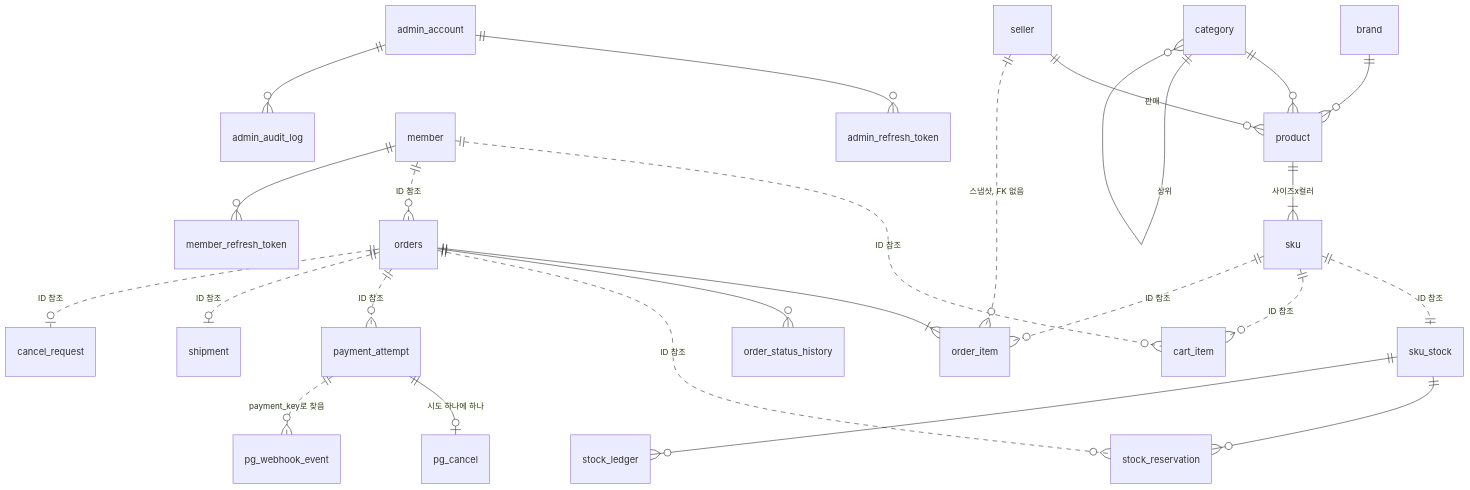
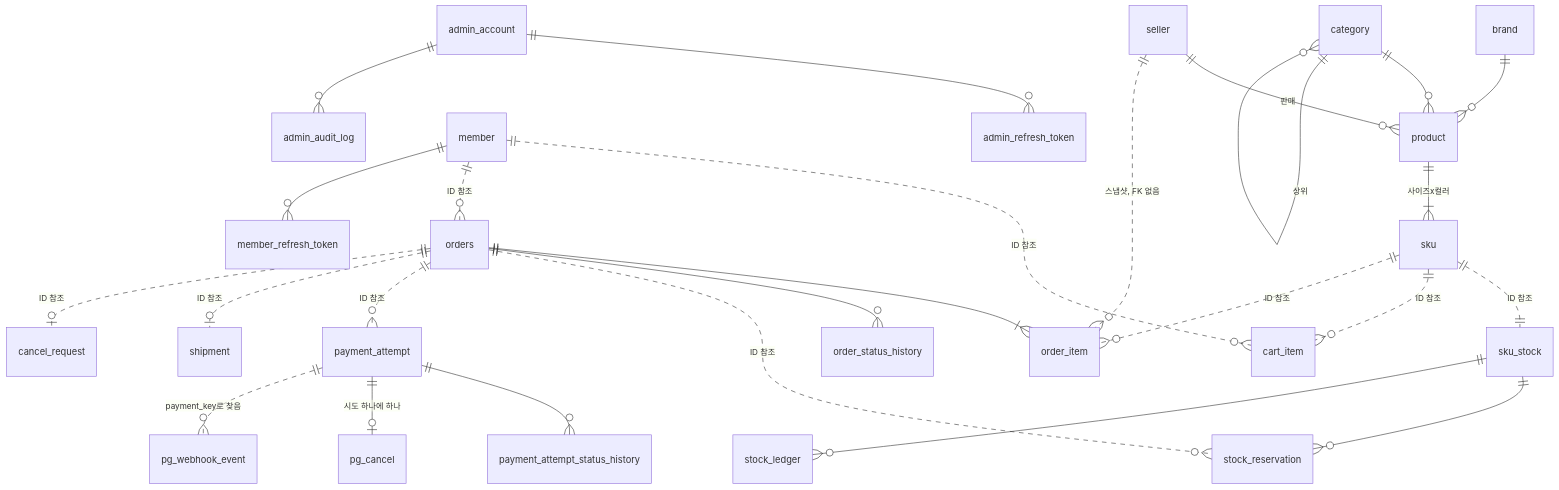
Before and after one commit to pinkcarver8-blip/fashion-commerce: the diagram in docs/db/erd.md, drawn with Mermaid. The commit also changed other lines of this file and 26 other files, not shown here.

````diff
--- a/docs/db/erd.md
+++ b/docs/db/erd.md
@@ -23,40 +23,41 @@
 ```mermaid
 erDiagram
     %% catalog
     seller ||--o{ product : "판매"
     brand ||--o{ product : ""
     category ||--o{ product : ""
     category ||--o{ category : "상위"
     product ||--|{ sku : "사이즈x컬러"
 
     %% inventory
     sku_stock ||--o{ stock_reservation : ""
     sku_stock ||--o{ stock_ledger : ""
     sku ||..|| sku_stock : "ID 참조"
 
     %% cart
     member ||..o{ cart_item : "ID 참조"
     sku ||..o{ cart_item : "ID 참조"
 
     %% order
     orders ||--|{ order_item : ""
     orders ||--o{ order_status_history : ""
+    payment_attempt ||--o{ payment_attempt_status_history : ""
     member ||..o{ orders : "ID 참조"
     sku ||..o{ order_item : "ID 참조"
     seller ||..o{ order_item : "스냅샷, FK 없음"
     orders ||..o{ stock_reservation : "ID 참조"
 
     %% payment
     orders ||..o{ payment_attempt : "ID 참조"
     payment_attempt ||--o| pg_cancel : "시도 하나에 하나"
     payment_attempt ||..o{ pg_webhook_event : "payment_key로 찾음"
 
     %% shipping, claim
     orders ||..o| shipment : "ID 참조"
     orders ||..o| cancel_request : "ID 참조"
 
     %% member, admin
     member ||--o{ member_refresh_token : ""
     admin_account ||--o{ admin_refresh_token : ""
     admin_account ||--o{ admin_audit_log : ""
 ```
````
